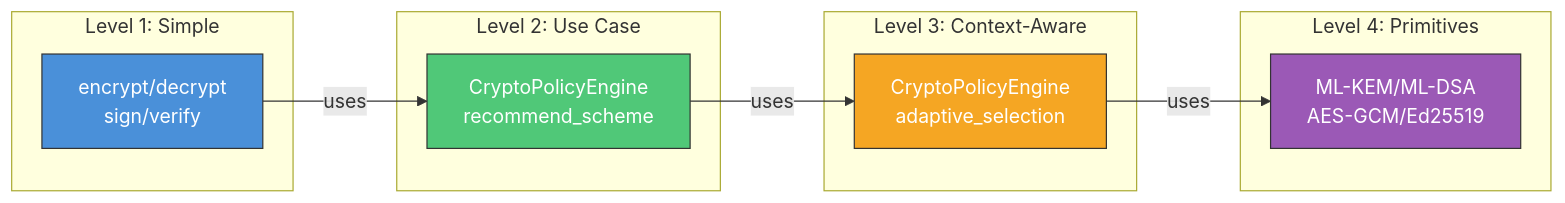
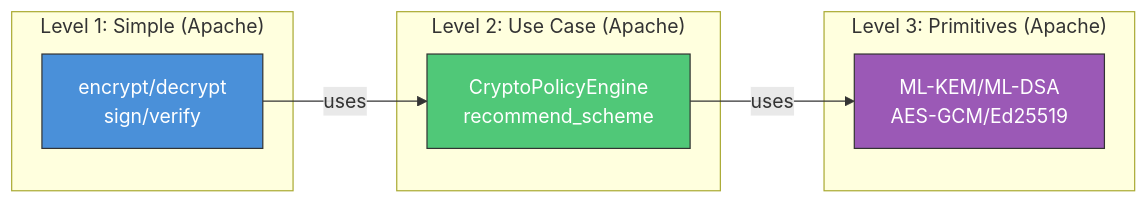
Before and after one commit to LatticeArc/latticearc: the second of 13 diagrams in docs/DESIGN.md, drawn with Mermaid. The commit also changed other lines of this file, not shown here.

First line of the commit message:
docs: Clarify Apache vs Enterprise feature scope in DESIGN.md

````diff
--- a/docs/DESIGN.md
+++ b/docs/DESIGN.md
@@ -78,32 +100,25 @@
 ```mermaid
 graph LR
-    subgraph "Level 1: Simple"
+    subgraph "Level 1: Simple (Apache)"
         L1[encrypt/decrypt<br/>sign/verify]
     end
 
-    subgraph "Level 2: Use Case"
+    subgraph "Level 2: Use Case (Apache)"
         L2[CryptoPolicyEngine<br/>recommend_scheme]
     end
 
-    subgraph "Level 3: Context-Aware"
-        L3[CryptoPolicyEngine<br/>adaptive_selection]
-    end
-
-    subgraph "Level 4: Primitives"
-        L4[ML-KEM/ML-DSA<br/>AES-GCM/Ed25519]
+    subgraph "Level 3: Primitives (Apache)"
+        L3[ML-KEM/ML-DSA<br/>AES-GCM/Ed25519]
     end
 
     L1 -->|"uses"| L2
     L2 -->|"uses"| L3
-    L3 -->|"uses"| L4
 
     classDef simple fill:#4a90d9,stroke:#333,color:#fff
     classDef usecase fill:#50c878,stroke:#333,color:#fff
-    classDef context fill:#f5a623,stroke:#333,color:#fff
     classDef primitive fill:#9b59b6,stroke:#333,color:#fff
 
     class L1 simple
     class L2 usecase
-    class L3 context
-    class L4 primitive
+    class L3 primitive
 ```
````
